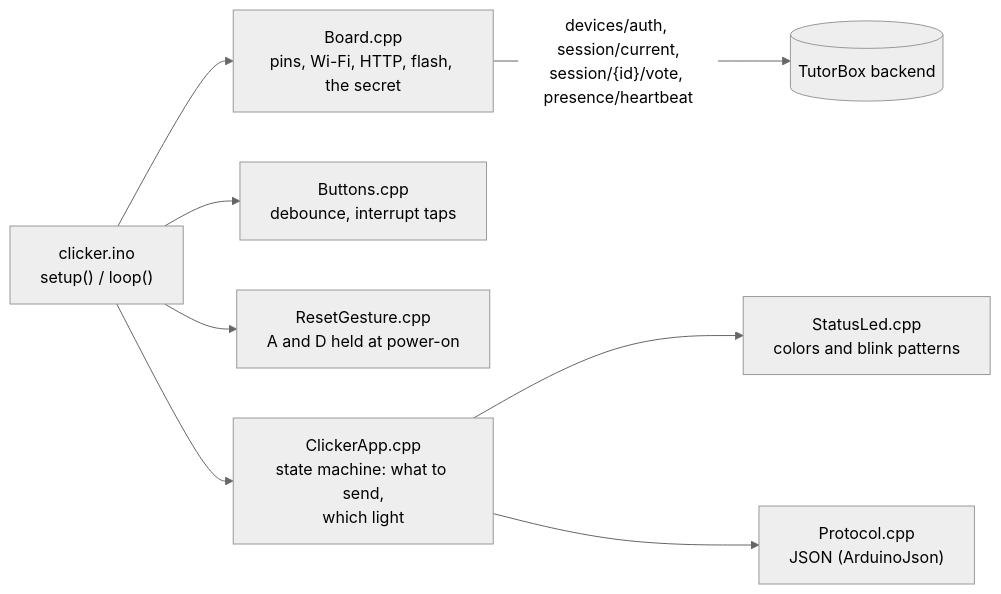
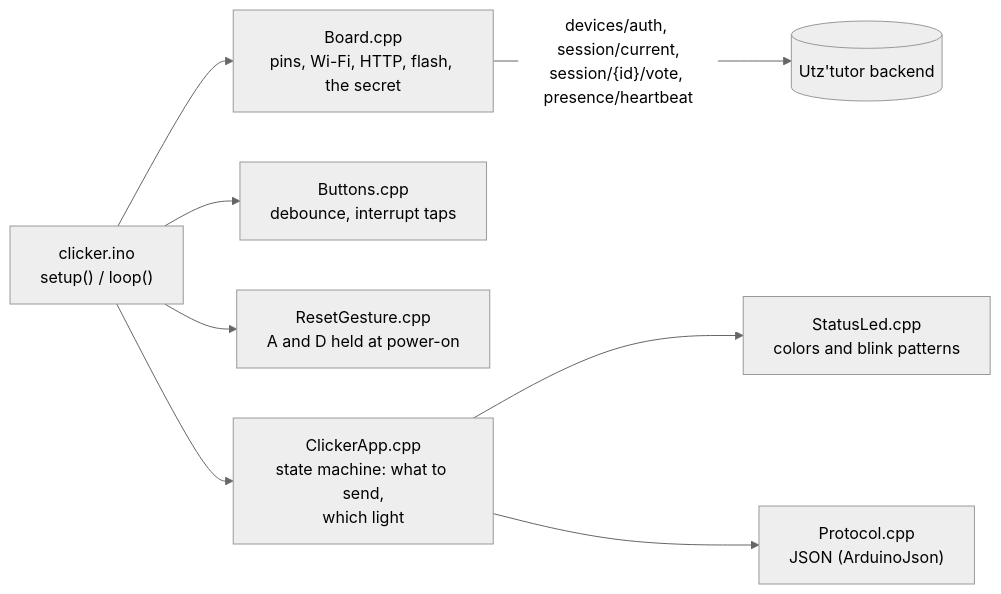
The second of 2 diagrams in firmware/clicker/README.md (GabGP/TutorBox), drawn with Mermaid (neutral theme) before and after one commit. The commit also changed other lines of this file and 17 other files, not shown here.

Commit message:
refactor(firmware): rename TutorBox to Utz'tutor in the clicker messages and settings

````diff
--- a/firmware/clicker/README.md
+++ b/firmware/clicker/README.md
@@ -337,10 +337,10 @@
 ```mermaid
 graph LR
     INO["clicker.ino<br/>setup() / loop()"] --> BOARD["Board.cpp<br/>pins, Wi-Fi, HTTP, flash, the secret"]
     INO --> BTN["Buttons.cpp<br/>debounce, interrupt taps"]
     INO --> RESET["ResetGesture.cpp<br/>A and D held at power-on"]
     INO --> APP["ClickerApp.cpp<br/>state machine: what to send,<br/>which light"]
     APP --> LED["StatusLed.cpp<br/>colors and blink patterns"]
     APP --> PROTO["Protocol.cpp<br/>JSON (ArduinoJson)"]
-    BOARD -->|"devices/auth, session/current,<br/>session/{id}/vote, presence/heartbeat"| API[("TutorBox backend")]
+    BOARD -->|"devices/auth, session/current,<br/>session/{id}/vote, presence/heartbeat"| API[("Utz'tutor backend")]
 ```
````
